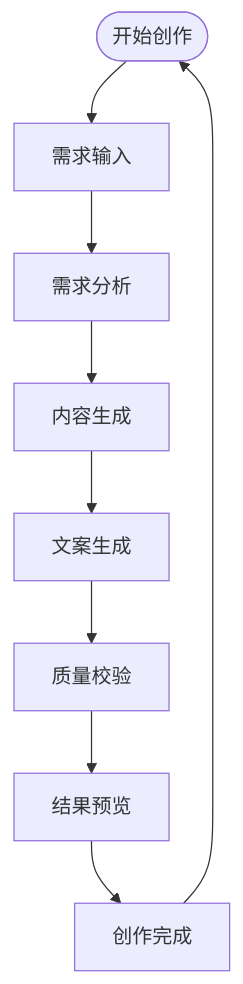
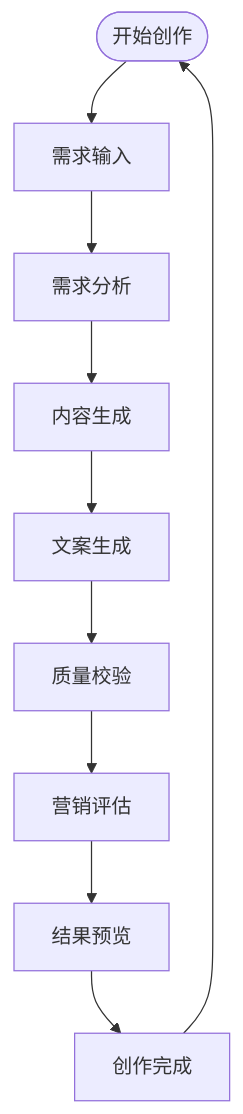
The fifth of 21 diagrams in .qoder/repowiki/zh/content/核心模块详解/Web界面系统/AI创作页面.md (songdiyang/clawOperations), drawn with Mermaid before and after one commit. The commit also changed other lines of this file and 10 other files, not shown here.

````diff
--- a/.qoder/repowiki/zh/content/核心模块详解/Web界面系统/AI创作页面.md
+++ b/.qoder/repowiki/zh/content/核心模块详解/Web界面系统/AI创作页面.md
@@ -354,11 +372,12 @@
 ```mermaid
 flowchart TD
 Start([开始创作]) --> Step1[需求输入]
 Step1 --> Step2[需求分析]
 Step2 --> Step3[内容生成]
 Step3 --> Step4[文案生成]
 Step4 --> Step5[质量校验]
-Step5 --> Step6[结果预览]
-Step6 --> Complete[创作完成]
+Step5 --> Step6[营销评估]
+Step6 --> Step7[结果预览]
+Step7 --> Complete[创作完成]
 Complete --> Start
 ```
````
